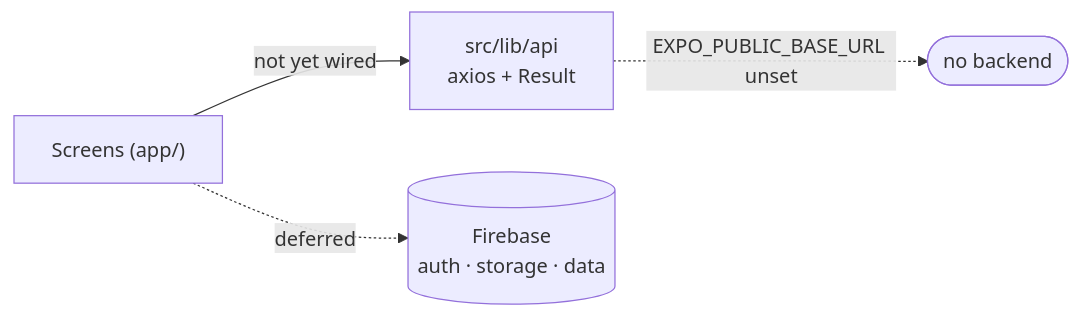
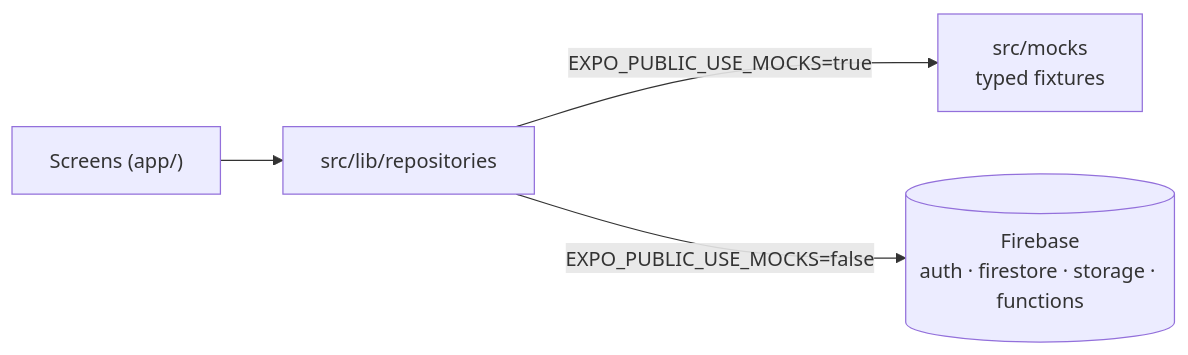
The first of 3 diagrams in docs/explanation/architecture.md (spencer0124/pindom), drawn with Mermaid before and after one commit. The commit also changed other lines of this file and 8 other files, not shown here.

First line of the commit message:
docs: record the Firebase split and how the app connects to it

````diff
--- a/docs/explanation/architecture.md
+++ b/docs/explanation/architecture.md
@@ -94,6 +99,6 @@
 ```mermaid
 flowchart LR
-  UI["Screens (app/)"] -->|"not yet wired"| API["src/lib/api<br/>axios + Result"]
-  API -.->|"EXPO_PUBLIC_BASE_URL unset"| X(["no backend"])
-  UI -.->|"deferred"| FB[("Firebase<br/>auth · storage · data")]
+  UI["Screens (app/)"] --> R["src/lib/repositories"]
+  R -->|"EXPO_PUBLIC_USE_MOCKS=true"| M["src/mocks<br/>typed fixtures"]
+  R -->|"EXPO_PUBLIC_USE_MOCKS=false"| FB[("Firebase<br/>auth · firestore · storage · functions")]
 ```
````
